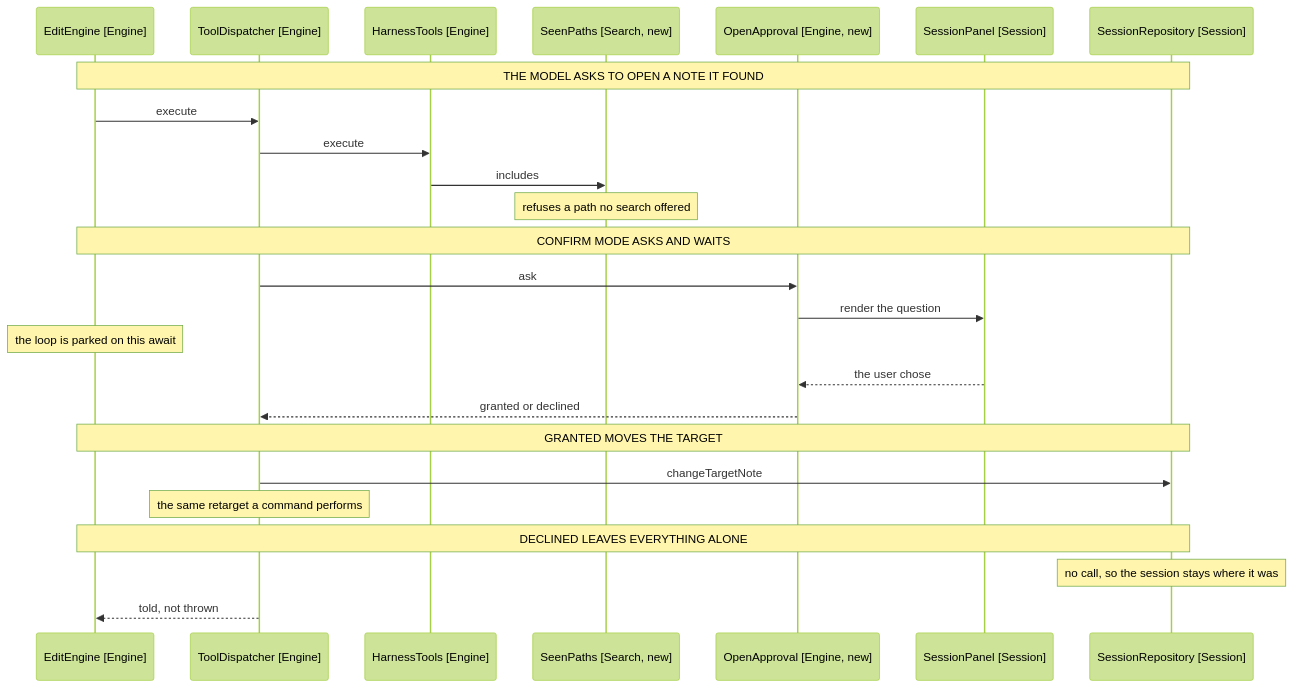
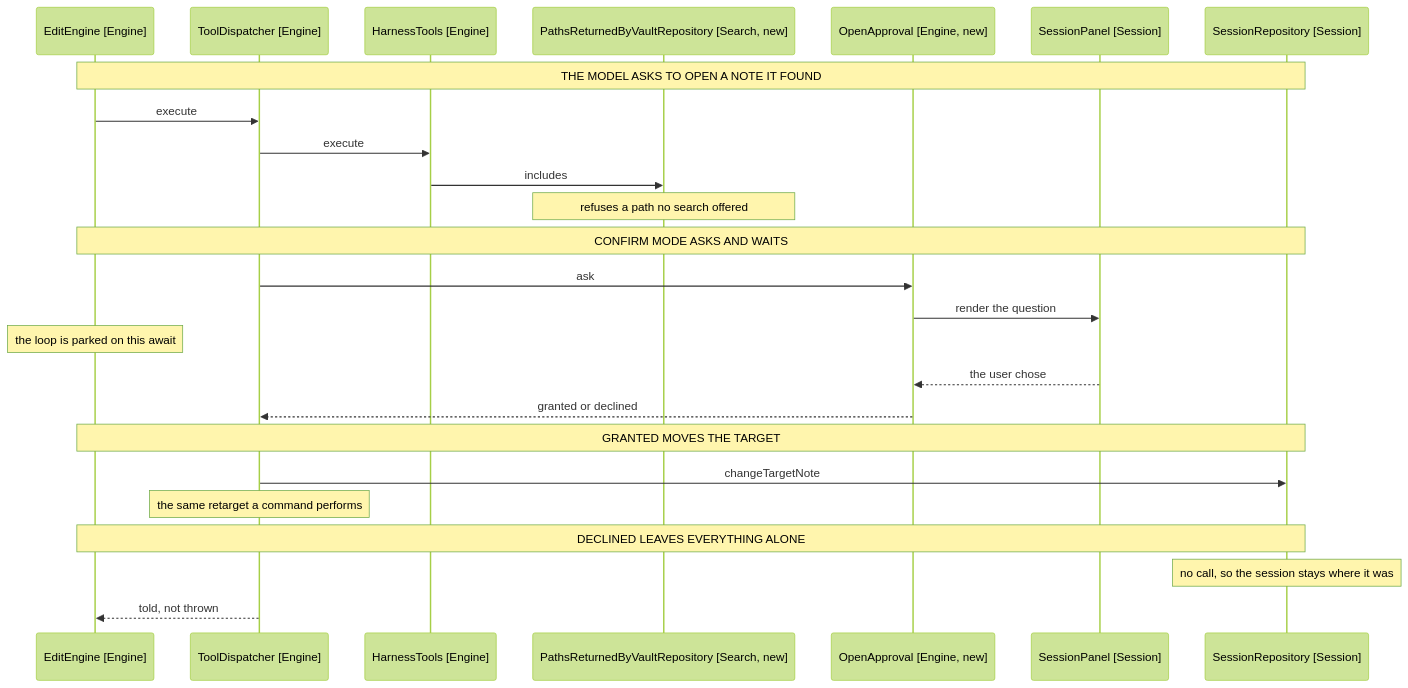
Before and after one commit to iparips/obsidian-owl: the second of 2 diagrams in docs/spec/9-model-chosen-targets/3-component-design.md, drawn with Mermaid (forest theme). The commit also changed other lines of this file and 36 other files, not shown here.

````diff
--- a/docs/spec/9-model-chosen-targets/3-component-design.md
+++ b/docs/spec/9-model-chosen-targets/3-component-design.md
@@ -133,31 +133,31 @@
 ```mermaid
 sequenceDiagram
     participant Engine as EditEngine [Engine]
     participant Dispatcher as ToolDispatcher [Engine]
     participant Harness as HarnessTools [Engine]
-    participant Seen as SeenPaths [Search, new]
+    participant Seen as PathsReturnedByVaultRepository [Search, new]
     participant Approval as OpenApproval [Engine, new]
     participant Panel as SessionPanel [Session]
     participant Session as SessionRepository [Session]
 
     Note over Engine,Session: THE MODEL ASKS TO OPEN A NOTE IT FOUND
     Engine->>Dispatcher: execute
     Dispatcher->>Harness: execute
     Harness->>Seen: includes
     Note over Seen: refuses a path no search offered
 
     Note over Engine,Session: CONFIRM MODE ASKS AND WAITS
     Dispatcher->>Approval: ask
     Approval->>Panel: render the question
     Note over Engine: the loop is parked on this await
     Panel-->>Approval: the user chose
     Approval-->>Dispatcher: granted or declined
 
     Note over Engine,Session: GRANTED MOVES THE TARGET
     Dispatcher->>Session: changeTargetNote
     Note over Dispatcher: the same retarget a command performs
 
     Note over Engine,Session: DECLINED LEAVES EVERYTHING ALONE
     Note over Session: no call, so the session stays where it was
     Dispatcher-->>Engine: told, not thrown
 ```
````
